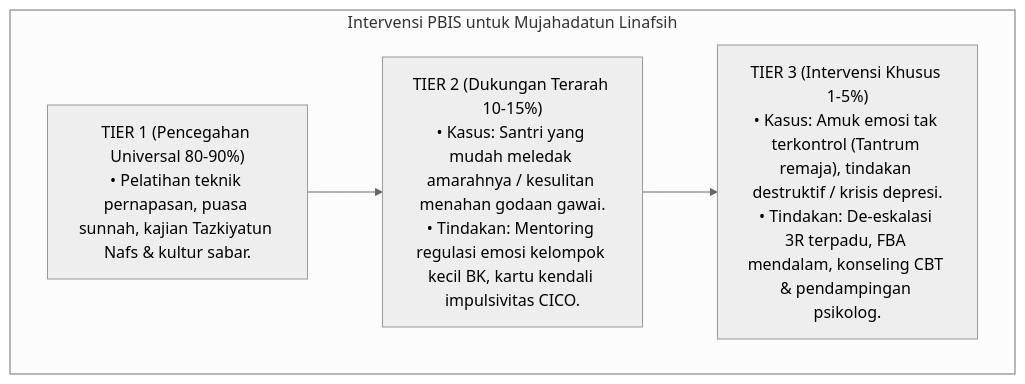
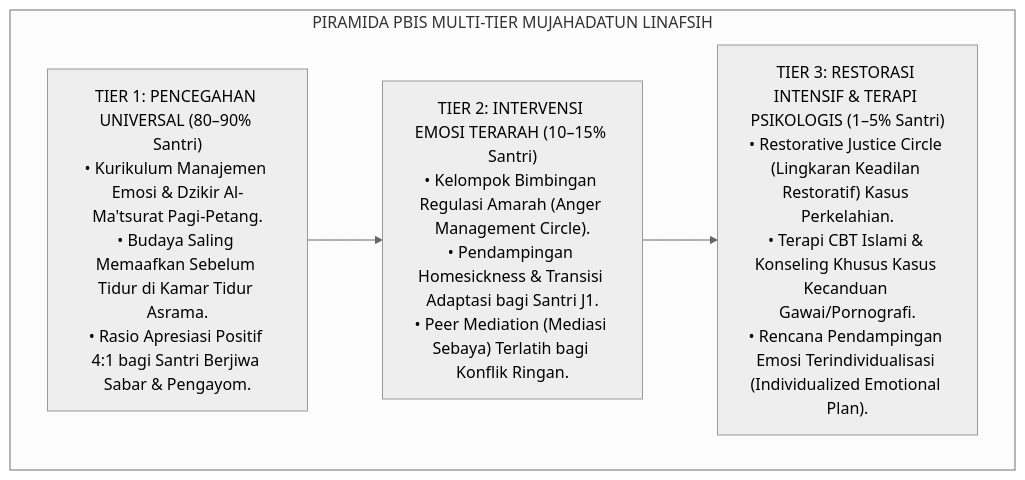
The third of 6 diagrams in 03 Capacity Framework/09 Mujahadatun Linafsih/P3-09-10-Protokol-Intervensi-dan-Pembiasaan.md (wandiapriliyandi/tumbuh), drawn with Mermaid (neutral theme) before and after one commit. The commit also changed other lines of this file and 14 other files, not shown here.

Commit message:
docs(03-capacity): complete all 15 research monographs for 09 Mujahadatun Linafsih

````diff
--- a/03 Capacity Framework/09 Mujahadatun Linafsih/P3-09-10-Protokol-Intervensi-dan-Pembiasaan.md
+++ b/03 Capacity Framework/09 Mujahadatun Linafsih/P3-09-10-Protokol-Intervensi-dan-Pembiasaan.md
@@ -21,12 +96,12 @@
 ```mermaid
-graph TD
-    subgraph Intervensi_Mujahadah_PBIS["Intervensi PBIS untuk Mujahadatun Linafsih"]
-        Tier1["TIER 1 (Pencegahan Universal 80-90%)<br/>• Pelatihan teknik pernapasan, puasa sunnah, kajian Tazkiyatun Nafs & kultur sabar."]
+flowchart TD
+    subgraph PiramidaPBISMujahadah["PIRAMIDA PBIS MULTI-TIER MUJAHADATUN LINAFSIH"]
+        T1["TIER 1: PENCEGAHAN UNIVERSAL (80–90% Santri)<br/>• Kurikulum Manajemen Emosi & Dzikir Al-Ma'tsurat Pagi-Petang.<br/>• Budaya Saling Memaafkan Sebelum Tidur di Kamar Tidur Asrama.<br/>• Rasio Apresiasi Positif 4:1 bagi Santri Berjiwa Sabar & Pengayom."]
         
-        Tier2["TIER 2 (Dukungan Terarah 10-15%)<br/>• Kasus: Santri yang mudah meledak amarahnya / kesulitan menahan godaan gawai.<br/>• Tindakan: Mentoring regulasi emosi kelompok kecil BK, kartu kendali impulsivitas CICO."]
+        T2["TIER 2: INTERVENSI EMOSI TERARAH (10–15% Santri)<br/>• Kelompok Bimbingan Regulasi Amarah (Anger Management Circle).<br/>• Pendampingan Homesickness & Transisi Adaptasi bagi Santri J1.<br/>• Peer Mediation (Mediasi Sebaya) Terlatih bagi Konflik Ringan."]
         
-        Tier3["TIER 3 (Intervensi Khusus 1-5%)<br/>• Kasus: Amuk emosi tak terkontrol (Tantrum remaja), tindakan destruktif / krisis depresi.<br/>• Tindakan: De-eskalasi 3R terpadu, FBA mendalam, konseling CBT & pendampingan psikolog."]
-
-        Tier1 --> Tier2 --> Tier3
+        T3["TIER 3: RESTORASI INTENSIF & TERAPI PSIKOLOGIS (1–5% Santri)<br/>• Restorative Justice Circle (Lingkaran Keadilan Restoratif) Kasus Perkelahian.<br/>• Terapi CBT Islami & Konseling Khusus Kasus Kecanduan Gawai/Pornografi.<br/>• Rencana Pendampingan Emosi Terindividualisasi (Individualized Emotional Plan)."]
+        
+        T1 --> T2 --> T3
     end
 ```
````
